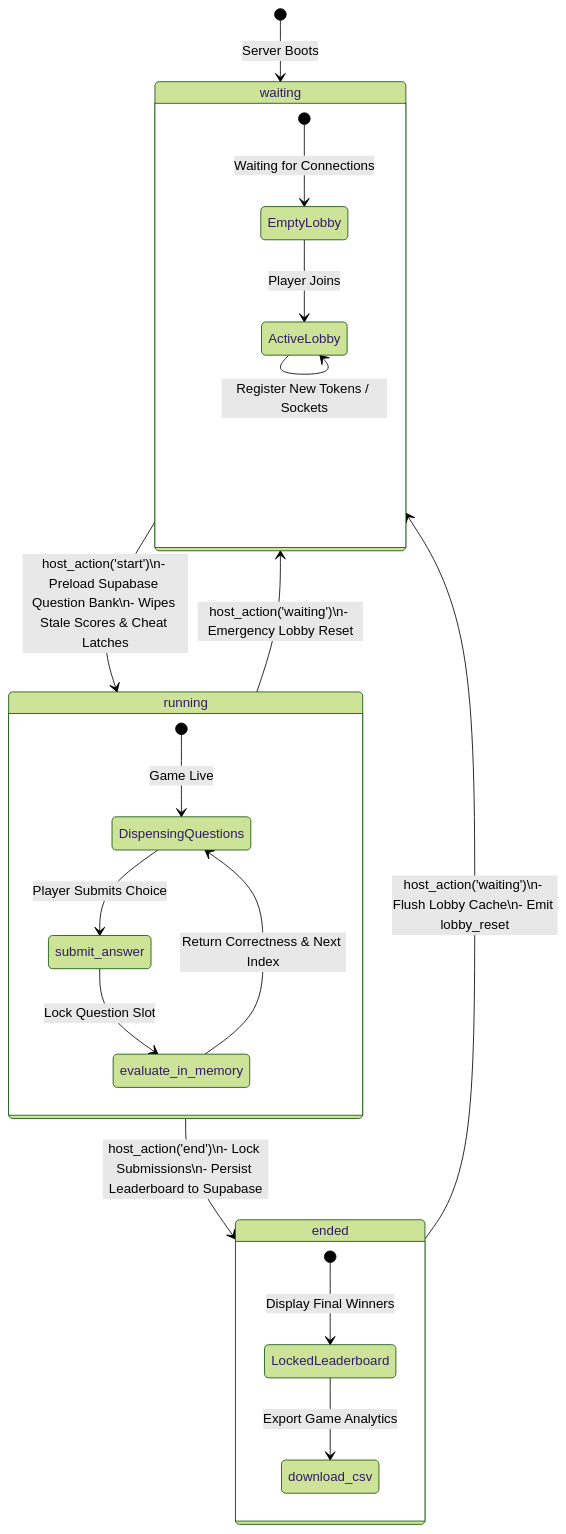
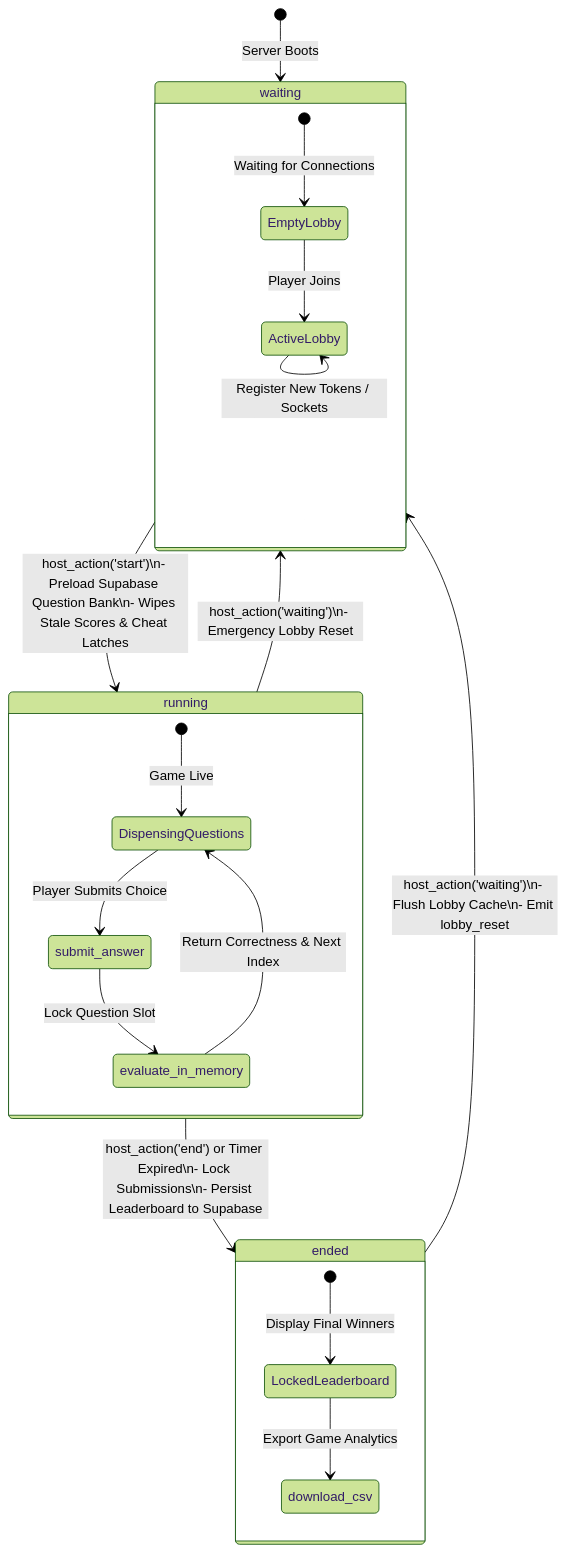
Before and after one commit to FinDaHuman/ZapQuiz: the first of 4 diagrams in README.md, drawn with Mermaid (forest theme). The commit also changed other lines of this file, not shown here.

````diff
--- a/README.md
+++ b/README.md
@@ -57,29 +74,29 @@
 ```mermaid
 stateDiagram-v2
     [*] --> waiting : Server Boots
     
     state waiting {
         [*] --> EmptyLobby : Waiting for Connections
         EmptyLobby --> ActiveLobby : Player Joins
         ActiveLobby --> ActiveLobby : Register New Tokens / Sockets
     }
 
     waiting --> running : host_action('start')\n- Preload Supabase Question Bank\n- Wipes Stale Scores & Cheat Latches
     
     state running {
         [*] --> DispensingQuestions : Game Live
         DispensingQuestions --> submit_answer : Player Submits Choice
         submit_answer --> evaluate_in_memory : Lock Question Slot
         evaluate_in_memory --> DispensingQuestions : Return Correctness & Next Index
     }
 
-    running --> ended : host_action('end')\n- Lock Submissions\n- Persist Leaderboard to Supabase
+    running --> ended : host_action('end') or Timer Expired\n- Lock Submissions\n- Persist Leaderboard to Supabase
     
     state ended {
         [*] --> LockedLeaderboard : Display Final Winners
         LockedLeaderboard --> download_csv : Export Game Analytics
     }
 
     ended --> waiting : host_action('waiting')\n- Flush Lobby Cache\n- Emit lobby_reset
     running --> waiting : host_action('waiting')\n- Emergency Lobby Reset
 ```
````
